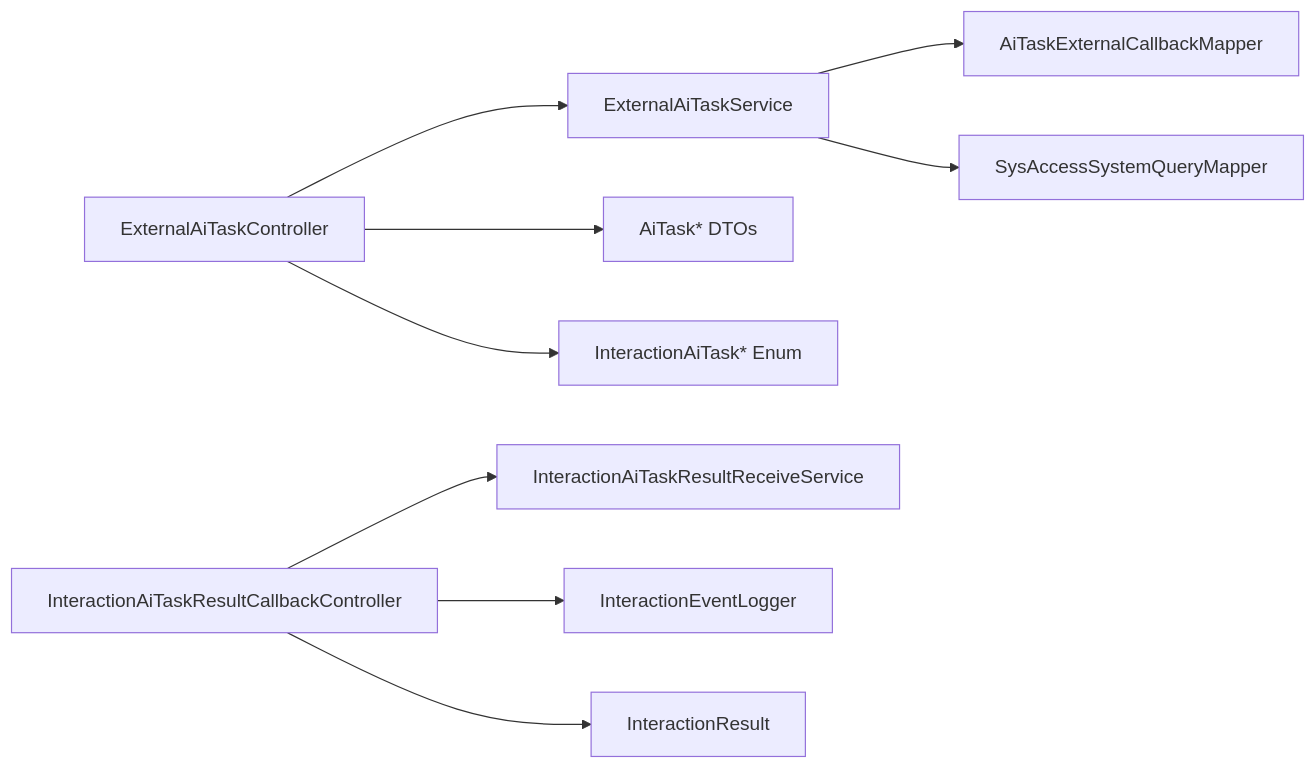
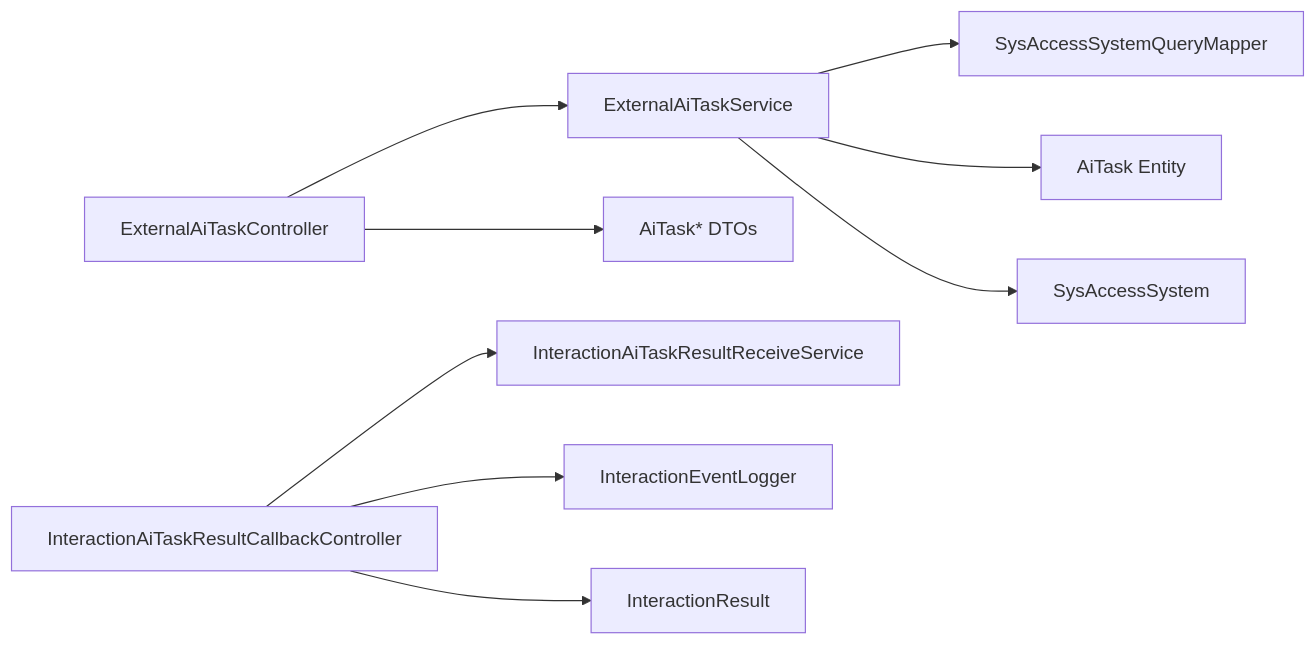
The eighth of 8 diagrams in .qoder/repowiki/zh/content/API接口文档/外部系统集成API/外部AI任务API.md (DrunkFood/First), drawn with Mermaid before and after one commit. The commit also changed other lines of this file and 58 other files, not shown here.

````diff
--- a/.qoder/repowiki/zh/content/API接口文档/外部系统集成API/外部AI任务API.md
+++ b/.qoder/repowiki/zh/content/API接口文档/外部系统集成API/外部AI任务API.md
@@ -352,11 +385,11 @@
 ```mermaid
 graph LR
 Controller["ExternalAiTaskController"] --> Service["ExternalAiTaskService"]
 Controller --> DTOs["AiTask* DTOs"]
-Controller --> Enums["InteractionAiTask* Enum"]
-Service --> CallbackMapper["AiTaskExternalCallbackMapper"]
-Service --> AccessSystemMapper["SysAccessSystemQueryMapper"]
+Service --> SysMapper["SysAccessSystemQueryMapper"]
+Service --> AiTaskEntity["AiTask Entity"]
+Service --> AccessSystem["SysAccessSystem"]
 CallbackCtrl["InteractionAiTaskResultCallbackController"] --> SPI["InteractionAiTaskResultReceiveService"]
 CallbackCtrl --> EventLog["InteractionEventLogger"]
 CallbackCtrl --> IR["InteractionResult"]
 ```
````
